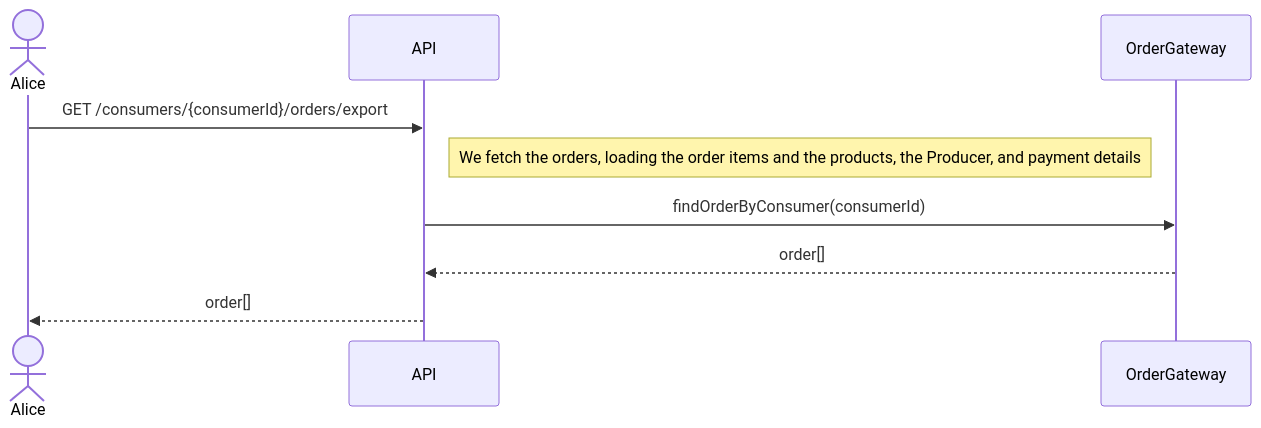
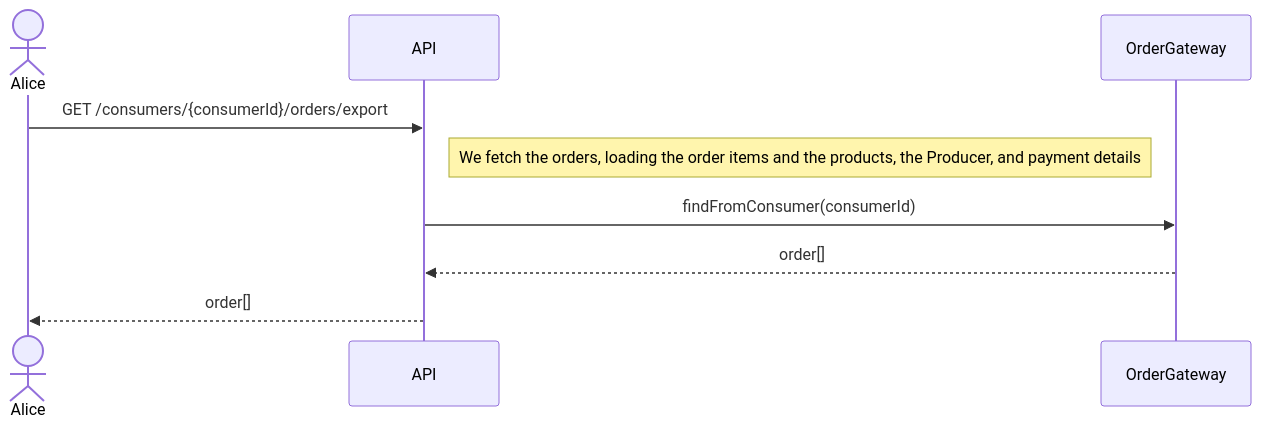
Before and after one commit to hivetown/planning: diagram 18 of 32 in sequence.md, drawn with Mermaid. The commit also changed other lines of this file, not shown here.

````diff
--- a/sequence.md
+++ b/sequence.md
@@ -709,14 +731,14 @@
 ```mermaid
 sequenceDiagram
     actor A as Alice
     participant API as API
     participant OG as OrderGateway
 
     A ->> API: GET /consumers/{consumerId}/orders/export
 
     Note right of API: We fetch the orders, loading the order items and the products, the Producer, and payment details
-    API ->> OG: findOrderByConsumer(consumerId)
+    API ->> OG: findFromConsumer(consumerId)
     OG -->> API: order[]
 
     API -->> A: order[]
 ```
````
